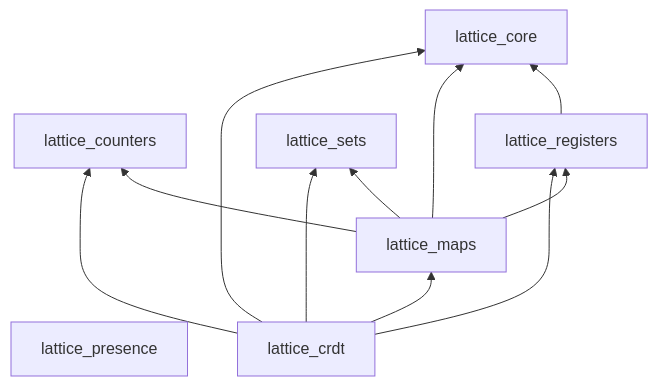
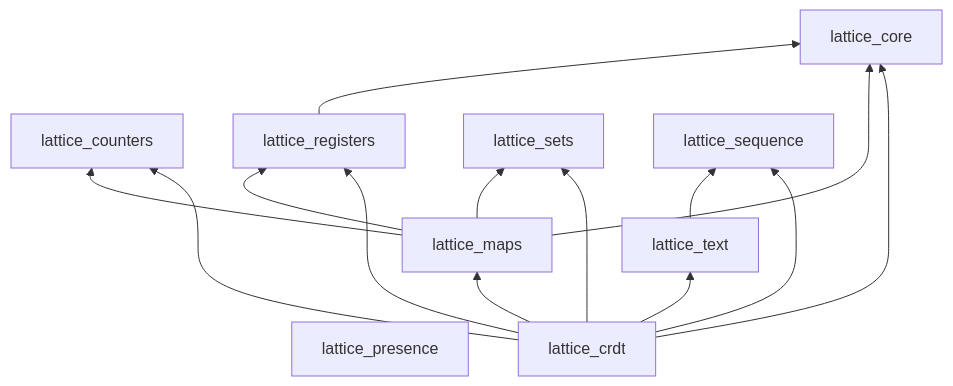
The diagram in website/src/content/docs/packages.md (tylerbutler/lattice), drawn with Mermaid before and after one commit. The commit also changed other lines of this file and 33 other files, not shown here.

First line of the commit message:
feat: add plain text crdt package (#59)

````diff
--- a/website/src/content/docs/packages.md
+++ b/website/src/content/docs/packages.md
@@ -24,21 +26,26 @@
 ```mermaid
 graph BT
     core[lattice_core]
     counters[lattice_counters]
     registers[lattice_registers]
     sets[lattice_sets]
     maps[lattice_maps]
+    sequence[lattice_sequence]
+    text[lattice_text]
     presence[lattice_presence]
     crdt[lattice_crdt]
 
     registers --> core
     maps --> core
     maps --> counters
     maps --> registers
     maps --> sets
+    text --> sequence
     crdt --> core
     crdt --> counters
     crdt --> registers
     crdt --> sets
     crdt --> maps
+    crdt --> sequence
+    crdt --> text
 ```
````
